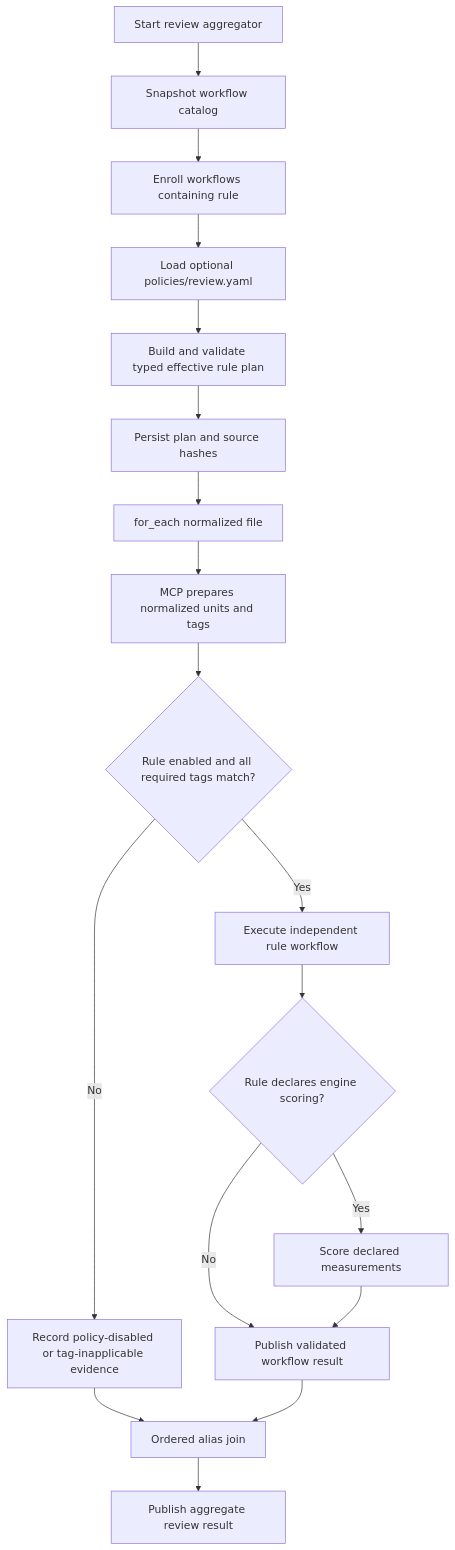
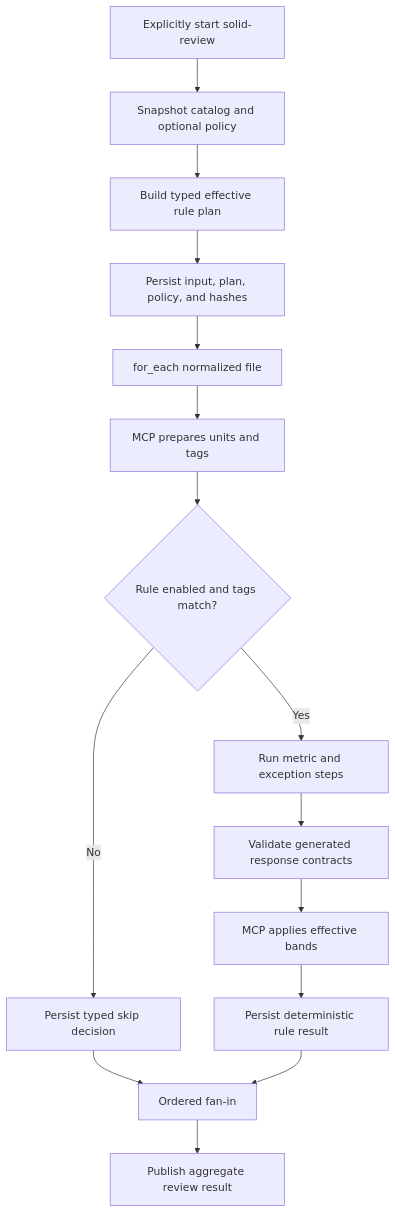
Before and after one commit to Swift-Gurus/solid-coder: the diagram in .claude/specs/SPEC-001-solid-coder/features/SPEC-036-bundled-solid-workflows/subtasks/SPEC-039-executable-rule-workflows-and-review-policy/Spec.md, drawn with Mermaid. The commit also changed other lines of this file and 106 other files, not shown here.

````diff
--- a/.claude/specs/SPEC-001-solid-coder/features/SPEC-036-bundled-solid-workflows/subtasks/SPEC-039-executable-rule-workflows-and-review-policy/Spec.md
+++ b/.claude/specs/SPEC-001-solid-coder/features/SPEC-036-bundled-solid-workflows/subtasks/SPEC-039-executable-rule-workflows-and-review-policy/Spec.md
@@ -307,20 +354,17 @@
 ```mermaid
 flowchart TD
-    Start["Start review aggregator"] --> Snapshot["Snapshot workflow catalog"]
-    Snapshot --> Enroll["Enroll workflows containing rule"]
-    Enroll --> LoadPolicy["Load optional policies/review.yaml"]
-    LoadPolicy --> Validate["Build and validate typed effective rule plan"]
-    Validate --> Persist["Persist plan and source hashes"]
+    Start["Explicitly start solid-review"] --> Snapshot["Snapshot catalog and optional policy"]
+    Snapshot --> Plan["Build typed effective rule plan"]
+    Plan --> Persist["Persist input, plan, policy, and hashes"]
     Persist --> Files["for_each normalized file"]
-    Files --> Units["MCP prepares normalized units and tags"]
-    Units --> Applicable{"Rule enabled and all required tags match?"}
-    Applicable -- "No" --> Evidence["Record policy-disabled or tag-inapplicable evidence"]
-    Applicable -- "Yes" --> Execute["Execute independent rule workflow"]
-    Execute --> Scored{"Rule declares engine scoring?"}
-    Scored -- "Yes" --> Score["Score declared measurements"]
-    Scored -- "No" --> Publish["Publish validated workflow result"]
-    Score --> Publish
-    Evidence --> Join["Ordered alias join"]
+    Files --> Units["MCP prepares units and tags"]
+    Units --> Applicable{"Rule enabled and tags match?"}
+    Applicable -- "No" --> Skip["Persist typed skip decision"]
+    Applicable -- "Yes" --> Observe["Run metric and exception steps"]
+    Observe --> Validate["Validate generated response contracts"]
+    Validate --> Score["MCP applies effective bands"]
+    Score --> Publish["Persist deterministic rule result"]
+    Skip --> Join["Ordered fan-in"]
     Publish --> Join
     Join --> Complete["Publish aggregate review result"]
 ```
````
